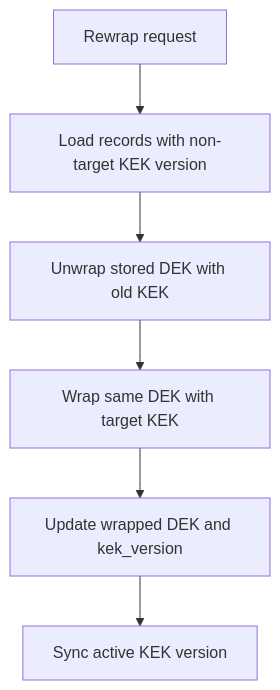
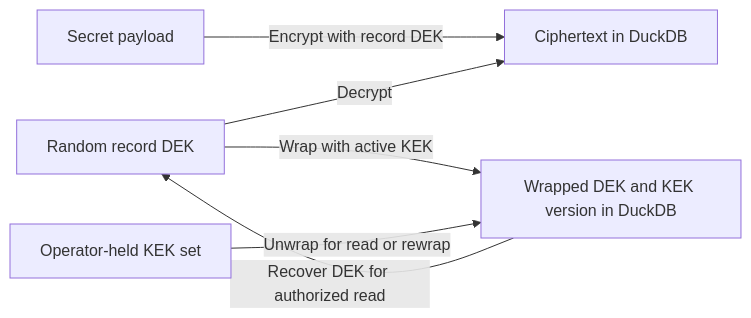
The second of 2 diagrams in README.md (LynnColeArt/squidkeys), drawn with Mermaid before and after one commit. The commit also changed other lines of this file and 1 other file, not shown here.

Commit message:
docs: clarify SquidKeys architecture after repository rename (#2)

````diff
--- a/README.md
+++ b/README.md
@@ -99,15 +47,8 @@
 ```mermaid
-flowchart TD
-  Start[Rewrap request]
-  Load[Load records with non-target KEK version]
-  Unwrap[Unwrap stored DEK with old KEK]
-  Rewrap[Wrap same DEK with target KEK]
-  Update[Update wrapped DEK and kek_version]
-  Finish[Sync active KEK version]
-
-  Start --> Load
-  Load --> Unwrap
-  Unwrap --> Rewrap
-  Rewrap --> Update
-  Update --> Finish
+flowchart LR
+  Plain[Secret payload] -->|Encrypt with record DEK| Cipher[Ciphertext in DuckDB]
+  DEK[Random record DEK] -->|Wrap with active KEK| Wrapped[Wrapped DEK and KEK version in DuckDB]
+  KEK[Operator-held KEK set] -->|Unwrap for read or rewrap| Wrapped
+  Wrapped -->|Recover DEK for authorized read| DEK
+  DEK -->|Decrypt| Cipher
 ```
````
